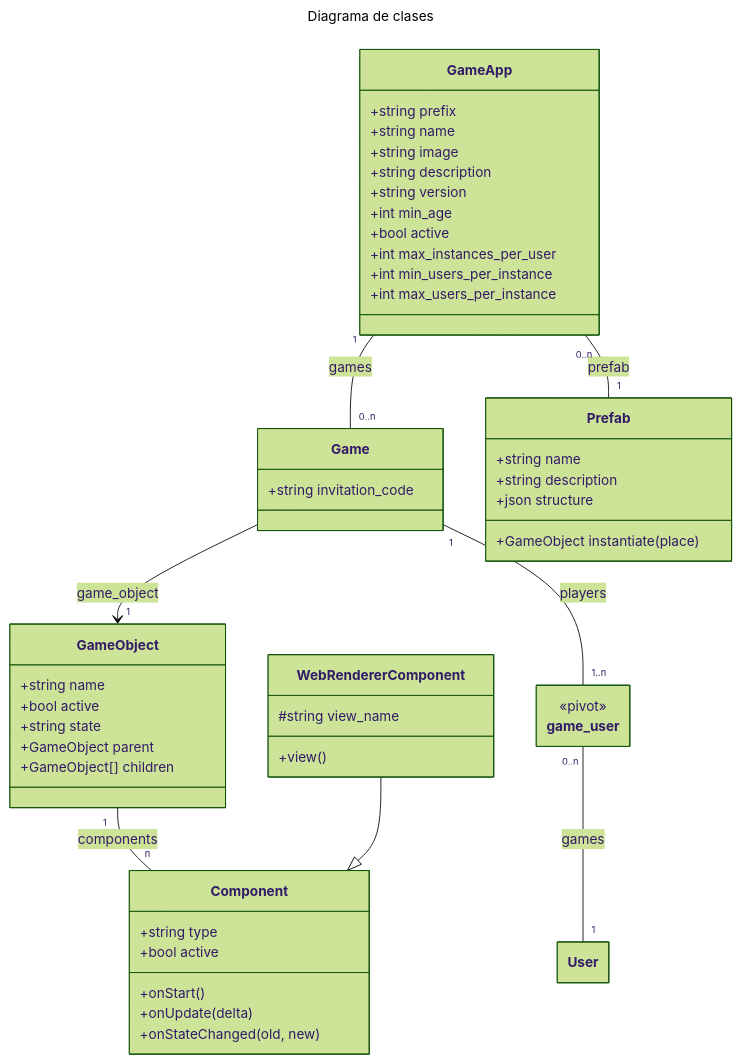
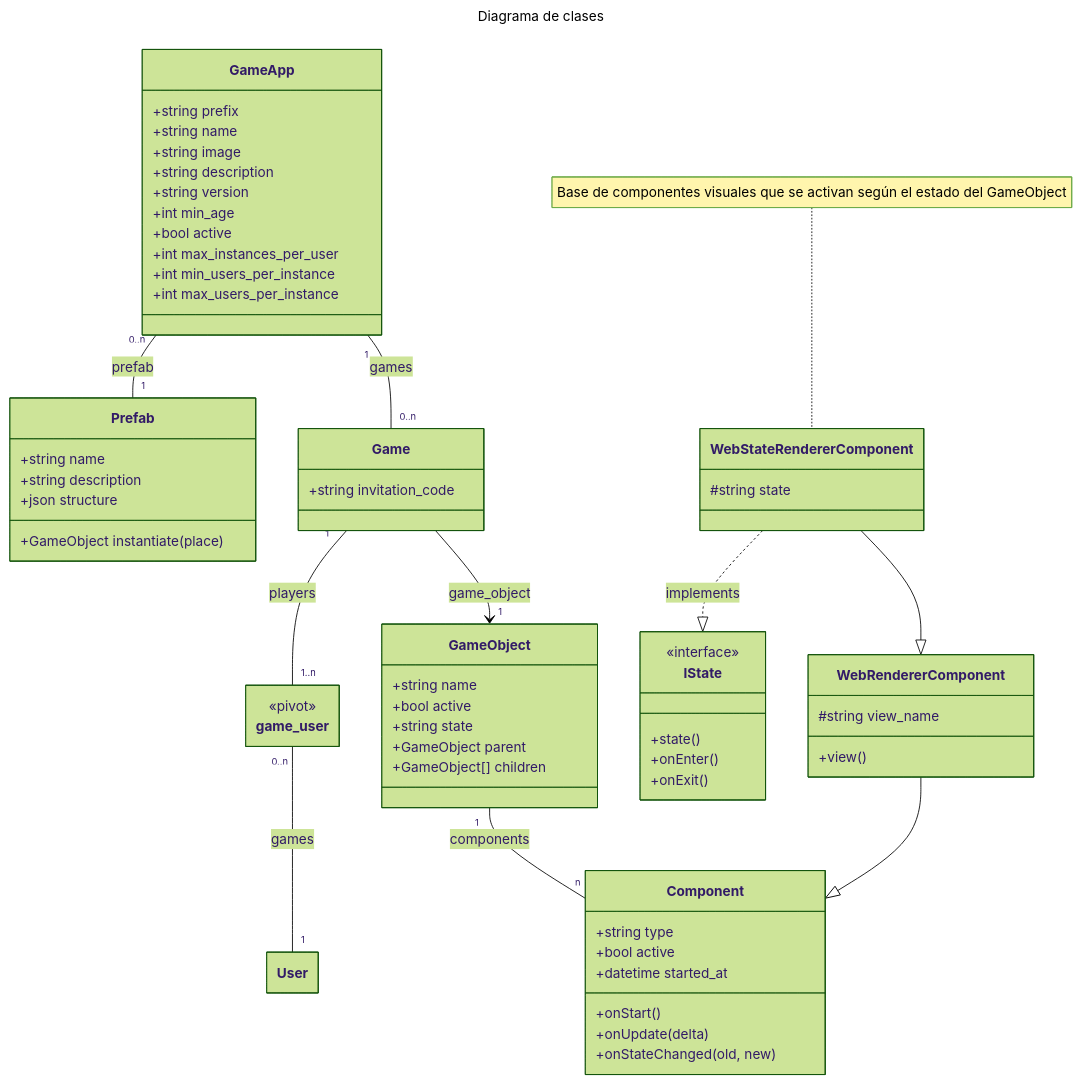
Before and after one commit to eormeno/base-project: the first of 2 diagrams in docs/class_diagrams.md, drawn with Mermaid (forest theme).

Commit message:
class diagram updated

````diff
--- a/docs/class_diagrams.md
+++ b/docs/class_diagrams.md
@@ -1,61 +1,74 @@
 ```mermaid
 ---
 title: Diagrama de clases
 config:
     class:
         hideEmptyMembersBox: true
 ---
 classDiagram
     direction TD
+    note for WebStateRendererComponent "Base de componentes visuales que se activan según el estado del GameObject"
     class User {
     }
     class GameApp {
         +string prefix
         +string name
         +string image
         +string description
         +string version
         +int min_age
         +bool active
         +int max_instances_per_user
         +int min_users_per_instance
         +int max_users_per_instance
     }
     class Game {
         +string invitation_code
     }
     class game_user {
         <<pivot>>
     }
     class Prefab {
         +string name
         +string description
         +json structure
         +GameObject instantiate(place)
     }
     class GameObject {
         +string name
         +bool active
         +string state
         +GameObject parent
         +GameObject[] children
     }
     class Component {
         +string type
         +bool active
+        +datetime started_at
         +onStart()
         +onUpdate(delta)
         +onStateChanged(old, new)
     }
     class WebRendererComponent {
         #string view_name
         +view()
     }
+    class WebStateRendererComponent {
+        #string state
+    }
+    class IState {
+        <<interface>>
+        +state()
+        +onEnter()
+        +onExit()
+    }
     Game --> "1" GameObject : game_object
     GameObject "1" -- "n" Component : components
     GameApp "1" -- "0..n" Game : games
     Game "1" -- "1..n" game_user : players
     GameApp "0..n" -- "1" Prefab : prefab
     game_user "0..n" -- "1" User : games
     WebRendererComponent --|> Component
+    WebStateRendererComponent --|> WebRendererComponent
+    WebStateRendererComponent ..|> IState : implements
 ```
````
